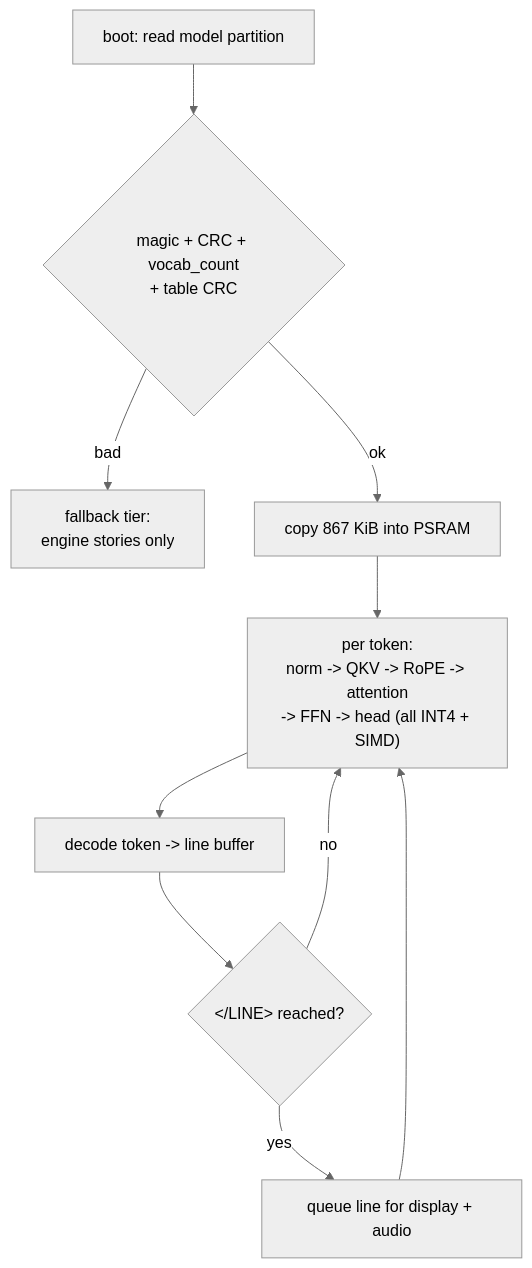
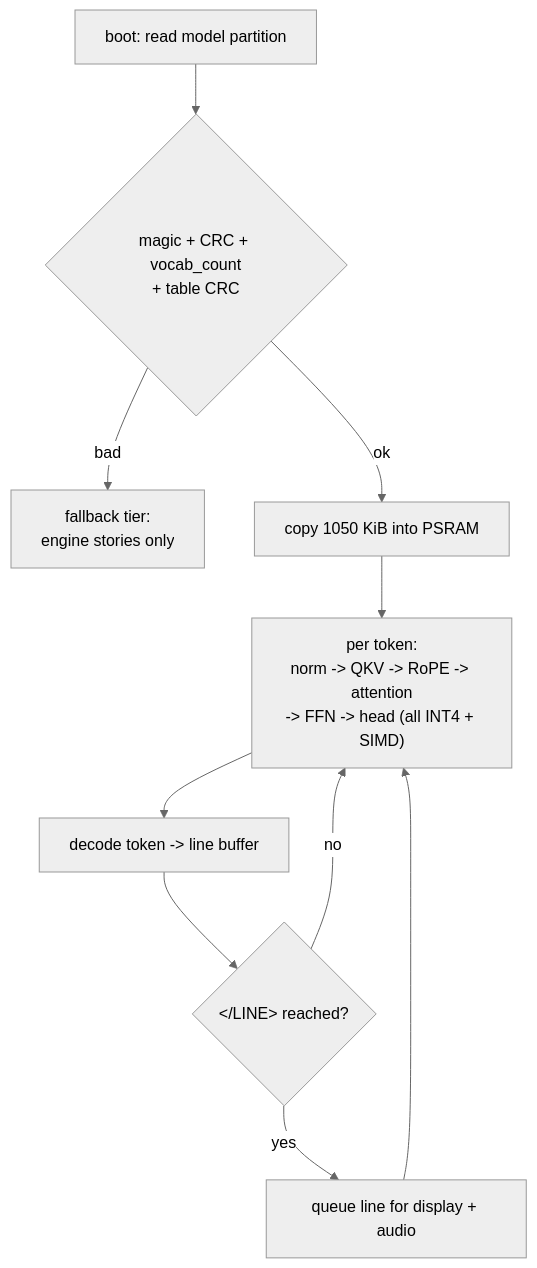
The second of 3 diagrams in docs/tiny_model.md (hariharaprasadr/storylm), drawn with Mermaid (neutral theme) before and after one commit. The commit also changed other lines of this file and 5 other files, not shown here.

````diff
--- a/docs/tiny_model.md
+++ b/docs/tiny_model.md
@@ -165,12 +169,12 @@
 ```mermaid
 flowchart TB
     B["boot: read model partition"] --> C{"magic + CRC + vocab_count<br/>+ table CRC"}
     C -->|bad| F["fallback tier:<br/>engine stories only"]
-    C -->|ok| P["copy 867 KiB into PSRAM"]
+    C -->|ok| P["copy 1050 KiB into PSRAM"]
     P --> L["per token:<br/>norm -> QKV -> RoPE -> attention<br/>-> FFN -> head (all INT4 + SIMD)"]
     L --> D["decode token -> line buffer"]
     D --> E{"&lt;/LINE&gt; reached?"}
     E -->|yes| Q["queue line for display + audio"]
     E -->|no| L
     Q --> L
 ```
````
